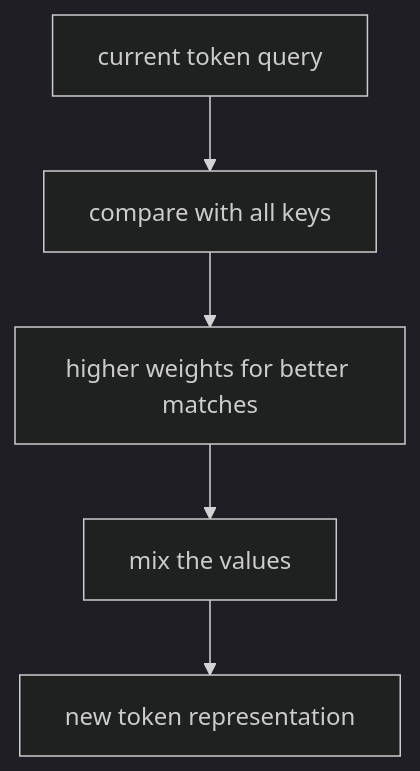
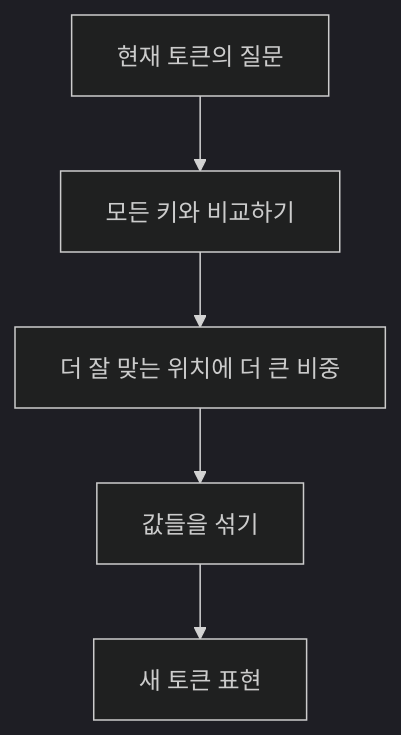
Before and after one commit to devchan64/AiBook: the diagram in docs/assets/part-05/chapter-13/qkv-flow-ko.mmd, drawn with Mermaid (dark theme). The commit also changed 51 other files, not shown here.

Commit message:
Update Part 5 learning support diagrams and notes

```diff
--- a/docs/assets/part-05/chapter-13/qkv-flow-ko.mmd
+++ b/docs/assets/part-05/chapter-13/qkv-flow-ko.mmd
@@ -1,11 +1,11 @@
 flowchart TD
-  A["current token query"]
-  B["compare with all keys"]
-  C["higher weights for better matches"]
-  D["mix the values"]
-  E["new token representation"]
+  A["현재 토큰의 질문"]
+  B["모든 키와 비교하기"]
+  C["더 잘 맞는 위치에 더 큰 비중"]
+  D["값들을 섞기"]
+  E["새 토큰 표현"]
 
   A --> B
   B --> C
   C --> D
   D --> E
```
